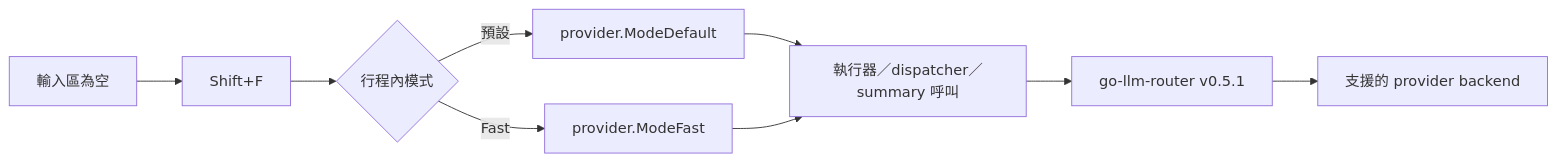
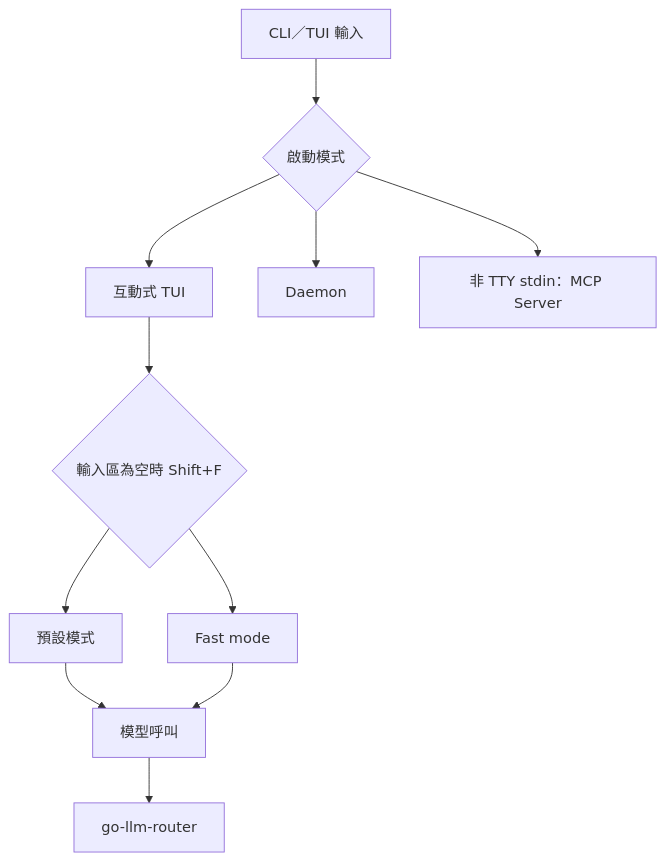
One commit to agenvoy/Agenvoy changed the second of 9 diagrams in doc/architecture.zh.md. Above: the diagram before and after it, drawn with Mermaid. The commit also changed other lines of this file and 5 other files, not shown here.

````diff
--- a/doc/architecture.zh.md
+++ b/doc/architecture.zh.md
@@ -55,11 +32,13 @@
 ```mermaid
-graph LR
-    Input[輸入區為空] --> Toggle[Shift+F]
-    Toggle --> State{行程內模式}
-    State -->|預設| Default[provider.ModeDefault]
-    State -->|Fast| Fast[provider.ModeFast]
-    Default --> Calls[執行器／dispatcher／summary 呼叫]
-    Fast --> Calls
-    Calls --> Router[go-llm-router v0.5.1]
-    Router --> Providers[支援的 provider backend]
+graph TB
+    Input[CLI／TUI 輸入] --> Mode{啟動模式}
+    Mode --> TUI[互動式 TUI]
+    Mode --> DaemonCmd[Daemon]
+    Mode --> MCP[非 TTY stdin：MCP Server]
+    TUI --> Fast{輸入區為空時 Shift+F}
+    Fast --> Default[預設模式]
+    Fast --> FastMode[Fast mode]
+    Default --> Calls[模型呼叫]
+    FastMode --> Calls
+    Calls --> Router[go-llm-router]
 ```
````
